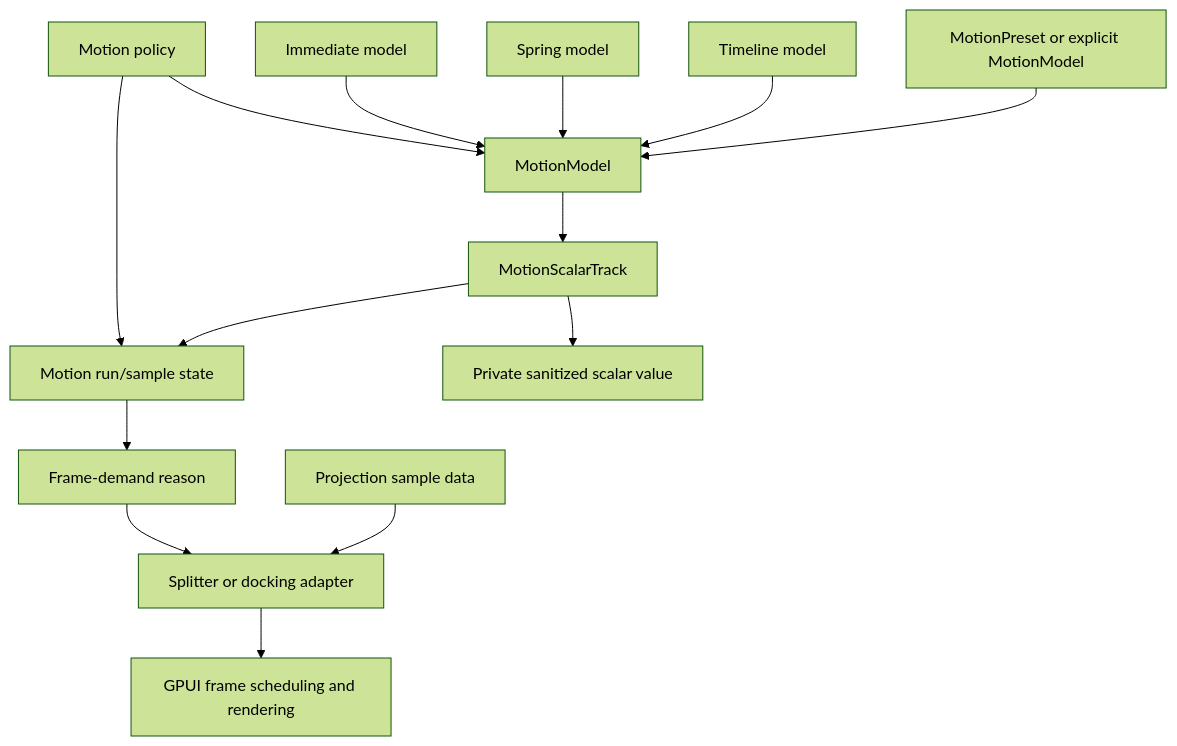
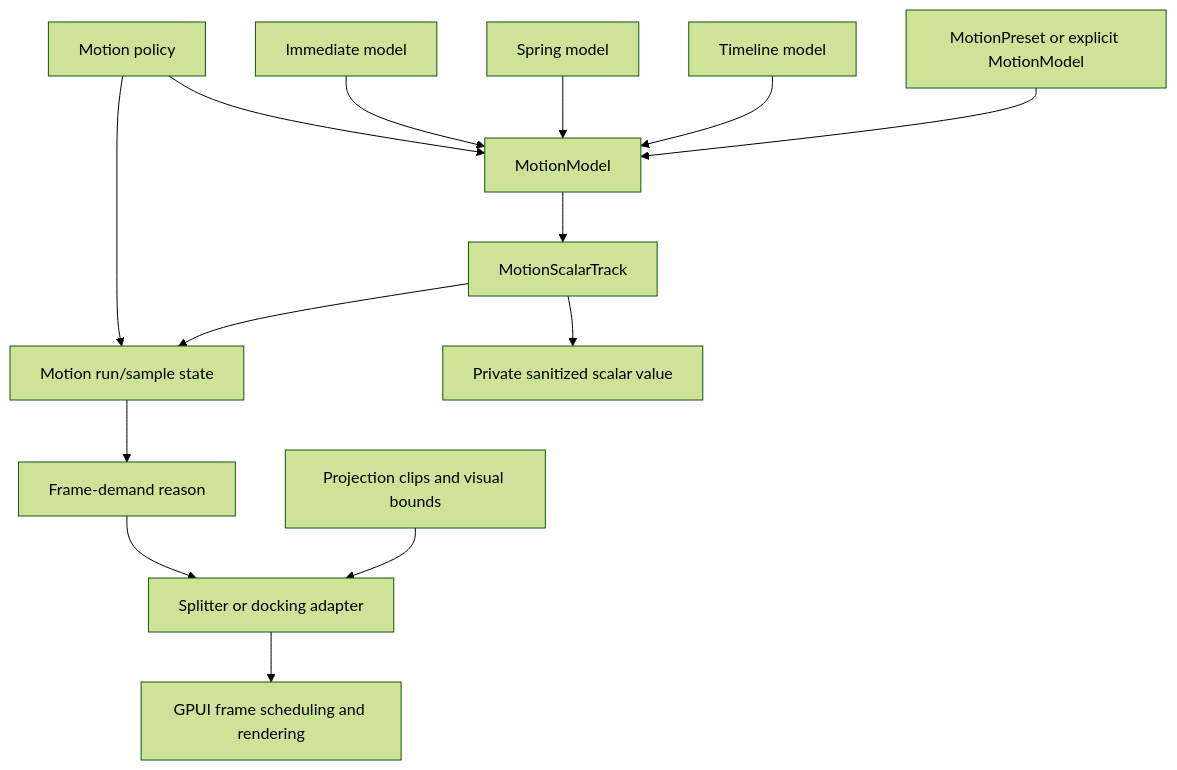
One commit to Latias94/open-gpui changed the diagram in docs/adr/0017-ui-motion-value-foundation.md. Above: the diagram before and after it, drawn with Mermaid (forest theme). The commit also changed other lines of this file and 6 other files, not shown here.

````diff
--- a/docs/adr/0017-ui-motion-value-foundation.md
+++ b/docs/adr/0017-ui-motion-value-foundation.md
@@ -75,16 +76,16 @@
 ```mermaid
 flowchart TB
   Preset[MotionPreset or explicit MotionModel] --> Model[MotionModel]
   Timeline[Timeline model] --> Model
   Spring[Spring model] --> Model
   Immediate[Immediate model] --> Model
   Model --> Track[MotionScalarTrack]
   Track --> Run[Motion run/sample state]
   Track --> Value[Private sanitized scalar value]
   Run --> Demand[Frame-demand reason]
   Policy[Motion policy] --> Model
   Policy --> Run
-  Projection[Projection sample data] --> Adapter[Splitter or docking adapter]
+  Projection[Projection clips and visual bounds] --> Adapter[Splitter or docking adapter]
   Demand --> Adapter
   Adapter --> GPUI[GPUI frame scheduling and rendering]
 ```
````
